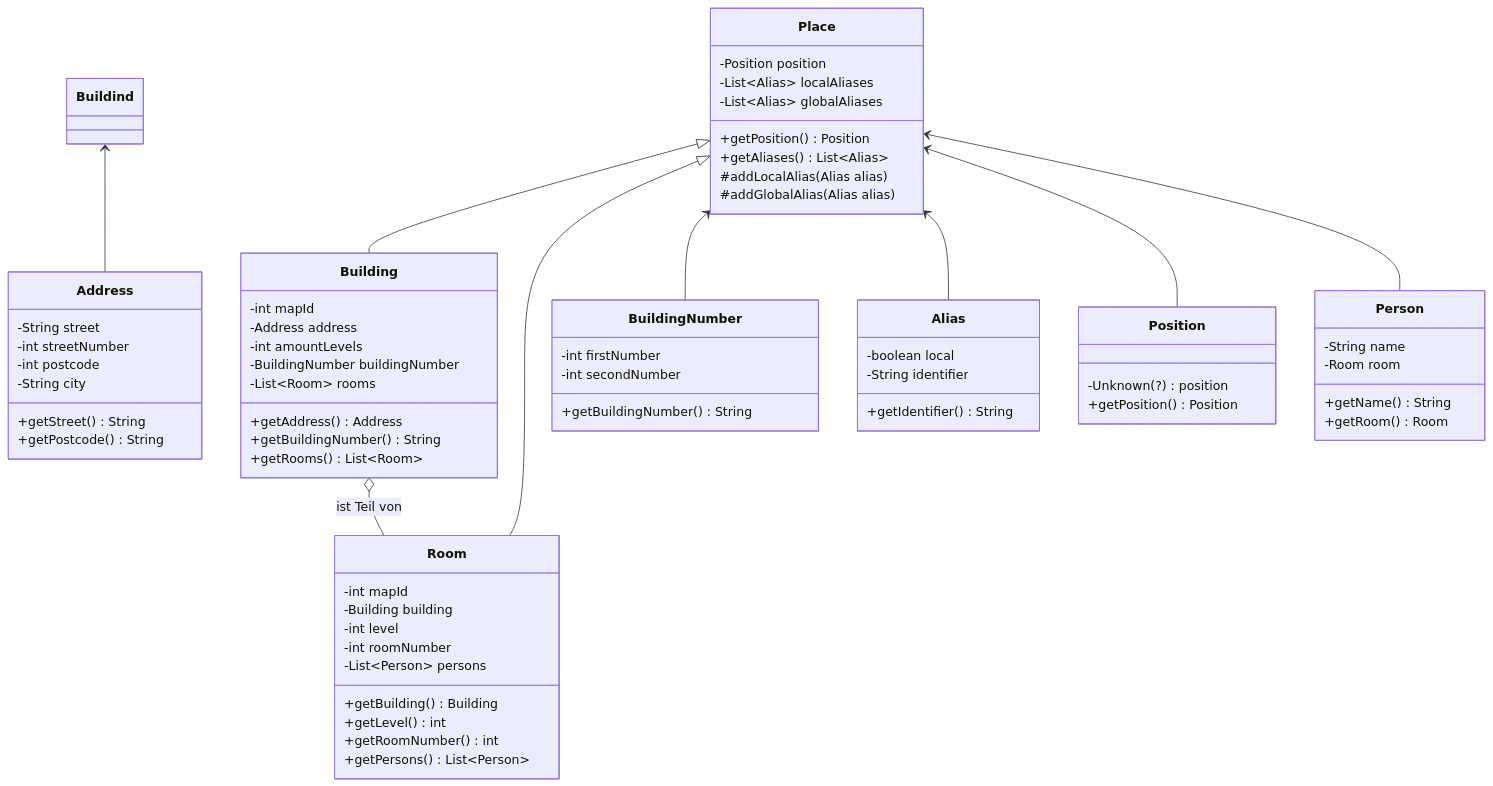
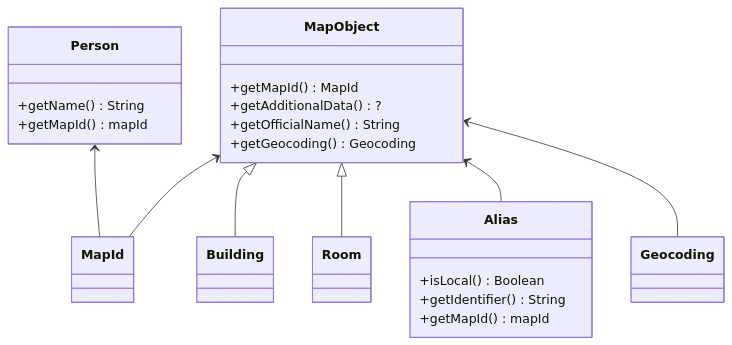
The diagram in Textuelle_Beschreibung/Grundbausteine/index.md (coderPaddyS/PSE_G3_Entwurf), drawn with Mermaid before and after one commit. The commit also changed 1 other file, not shown here.

Commit message:
Created Classdiagram in Suchfunktion.

````diff
--- a/Textuelle_Beschreibung/Grundbausteine/index.md
+++ b/Textuelle_Beschreibung/Grundbausteine/index.md
@@ -1,79 +1,38 @@
 ```mermaid
 classDiagram
-    class Position {
-        -Unknown(?) position
-        +getPosition() Position
-    }
-
-    class Address {
-        -String street
-        -int streetNumber
-        -int postcode
-        -String city
-        +getStreet() String
-        +getPostcode() String
+    class MapId {
     }
 
     class Alias {
-        -boolean local
-        -String identifier
+        +isLocal() Boolean
         +getIdentifier() String
+        +getMapId() mapId
     }
 
     class Person {
-        -String name
-        -Room room
         +getName() String
-        +getRoom() Room
+        +getMapId() mapId
     }
 
-    class BuildingNumber {
-        -int firstNumber
-        -int secondNumber
-        +getBuildingNumber() String
-    }
-
-    class Place {
-        -Position position
-        -List~Alias~ localAliases
-        -List~Alias~ globalAliases
-        +getPosition() Position
-        +getAliases() List~Alias~
-        #addLocalAlias(Alias alias)
-        #addGlobalAlias(Alias alias)
+    class MapObject {
+        +getMapId() MapId
+        +getAdditionalData() ?
+        +getOfficialName() String
+        +getGeocoding() Geocoding
     }
 
     class Building {
-        -int mapId
-        -Address address
-        -int amountLevels
-        -BuildingNumber buildingNumber
-        -List~Room~ rooms
-        +getAddress() Address
-        +getBuildingNumber() String
-        +getRooms() List~Room~
     }
 
     class Room {
-        -int mapId
-        -Building building
-        -int level
-        -int roomNumber
-        -List~Person~ persons
-        +getBuilding() Building
-        +getLevel() int
-        +getRoomNumber() int
-        +getPersons() List~Person~
     }
 
 
-    Place <|-- Building
-    Place <|-- Room
-    Building o-- Room : ist Teil von
-    Place <-- BuildingNumber
-    Place <-- Alias
-    Place <-- Position
-    Place <-- Person
-    Buildind <-- Address
+    MapObject <|-- Building
+    MapObject <|-- Room
+    Person <-- MapId
+    MapObject <-- MapId
+    MapObject <-- Alias
+    MapObject <-- Geocoding
 
 ```
````
